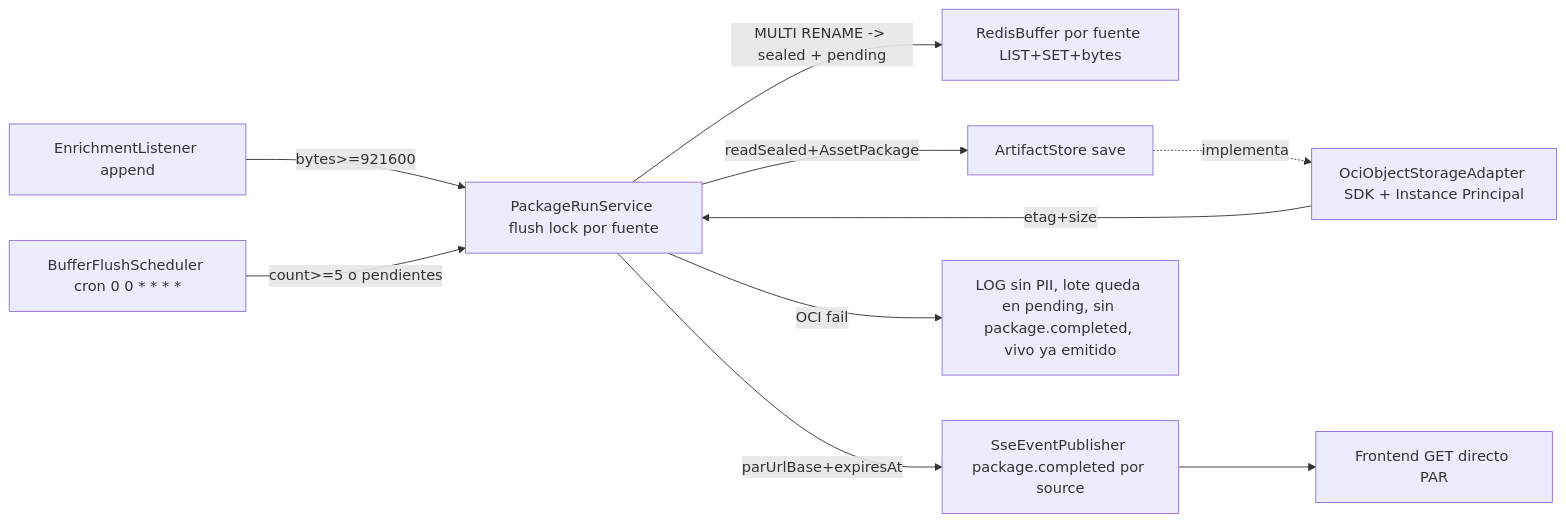
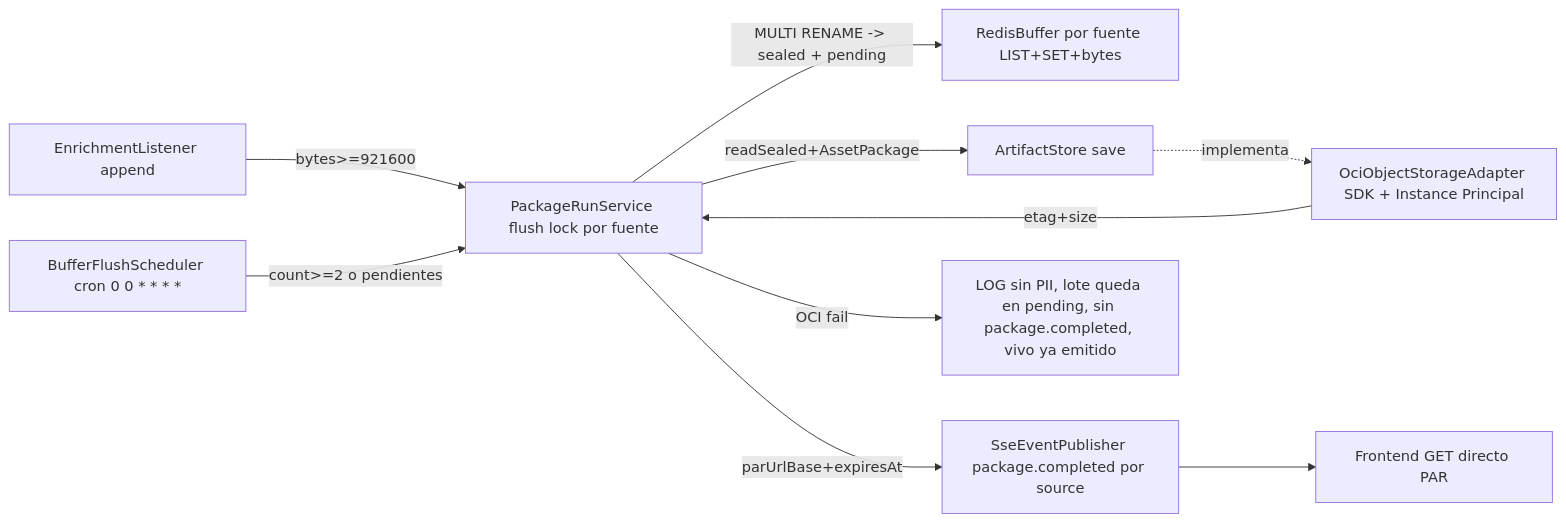
Before and after one commit to No-Country-simulation/G-10-CommunityLab-equipo-3: the diagram in docs/sdd/specs/006-almacenamiento-oci-lectura/plan.md, drawn with Mermaid. The commit also changed other lines of this file and 6 other files, not shown here.

````diff
--- a/docs/sdd/specs/006-almacenamiento-oci-lectura/plan.md
+++ b/docs/sdd/specs/006-almacenamiento-oci-lectura/plan.md
@@ -10,12 +10,12 @@
 ```mermaid
 flowchart LR
   LIS[EnrichmentListener append] -->|bytes>=921600| FLUSH[PackageRunService flush lock por fuente]
-  SCH[BufferFlushScheduler cron 0 0 * * * *] -->|count>=5 o pendientes| FLUSH
+  SCH[BufferFlushScheduler cron 0 0 * * * *] -->|count>=2 o pendientes| FLUSH
   FLUSH -->|MULTI RENAME -> sealed + pending| RED[RedisBuffer por fuente LIST+SET+bytes]
   FLUSH -->|readSealed+AssetPackage| AP[ArtifactStore save]
   AP -.implementa.-> OCI[OciObjectStorageAdapter SDK + Instance Principal]
   OCI -->|etag+size| FLUSH
   FLUSH -->|parUrlBase+expiresAt| SSE[SseEventPublisher package.completed por source]
   SSE --> FE[Frontend GET directo PAR]
   FLUSH -->|OCI fail| LOG[LOG sin PII, lote queda en pending, sin package.completed, vivo ya emitido]
 ```
````
